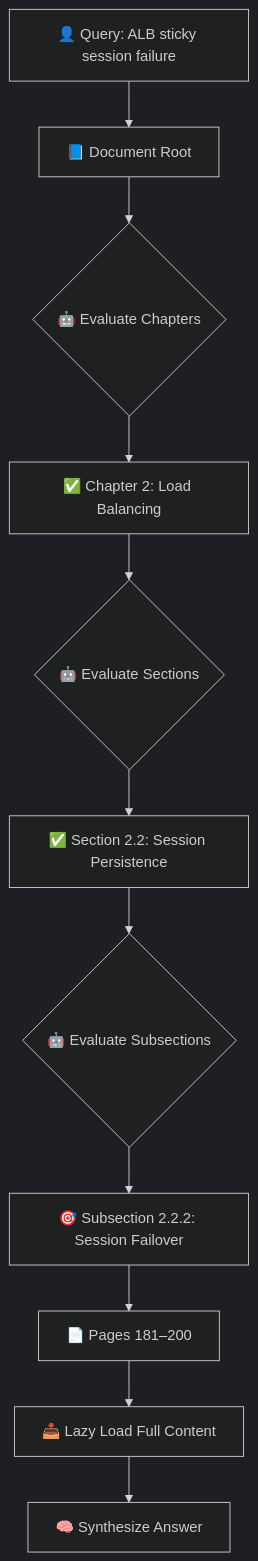
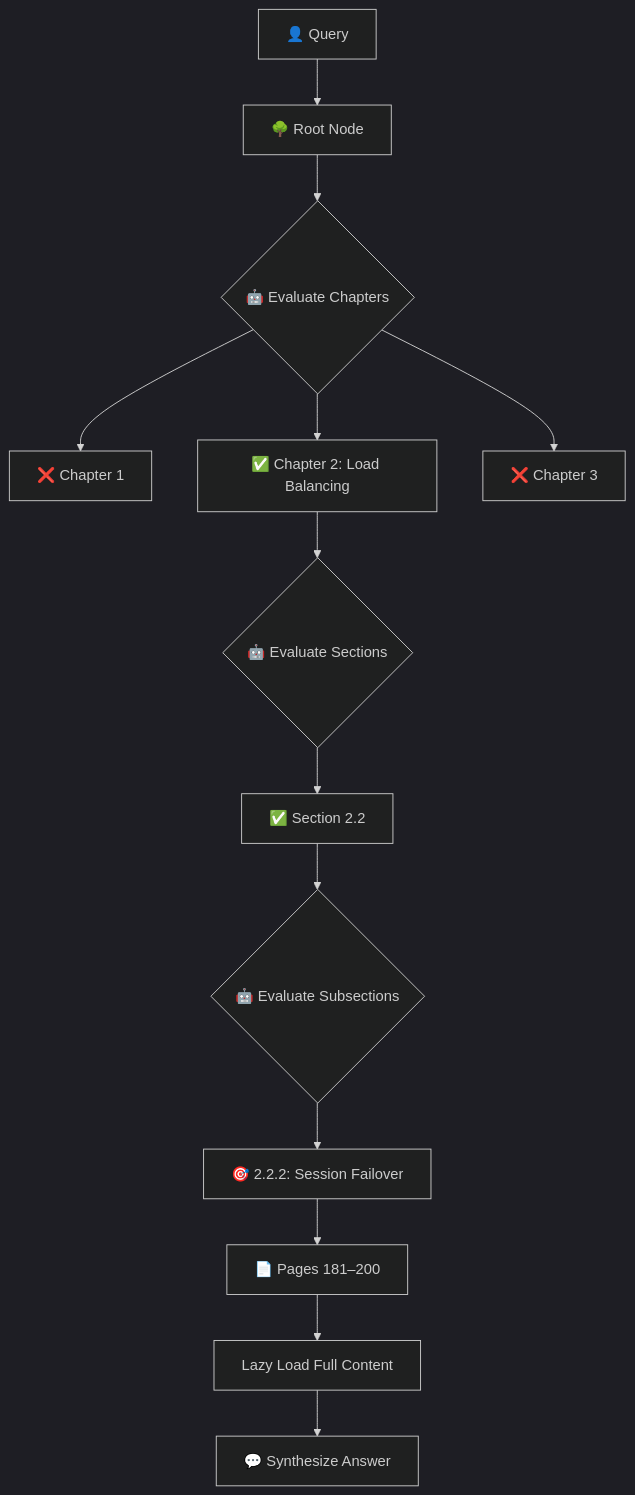
Before and after one commit to Amie-dev/FDE-and-GenAI-Mastery: the eighth of 16 diagrams in Lecture 18 - Vectorless RAG and LLM Wiki/notes/Lecture_18_Complete_Notes.md, drawn with Mermaid (dark theme). The commit also changed other lines of this file and 6 other files, not shown here.

````diff
--- a/Lecture 18 - Vectorless RAG and LLM Wiki/notes/Lecture_18_Complete_Notes.md
+++ b/Lecture 18 - Vectorless RAG and LLM Wiki/notes/Lecture_18_Complete_Notes.md
@@ -196,14 +268,16 @@
 ```mermaid
 flowchart TD
-    Q["👤 Query: ALB sticky session failure"]
-    Q --> ROOT["📘 Document Root"]
-    ROOT --> EVAL{"🤖 Evaluate Chapters"}
-    EVAL --> CH2["✅ Chapter 2: Load Balancing"]
-    CH2 --> EVAL2{"🤖 Evaluate Sections"}
-    EVAL2 --> SEC22["✅ Section 2.2: Session Persistence"]
-    SEC22 --> EVAL3{"🤖 Evaluate Subsections"}
-    EVAL3 --> SUB222["🎯 Subsection 2.2.2: Session Failover"]
-    SUB222 --> PAGES["📄 Pages 181–200"]
-    PAGES --> LOAD["📥 Lazy Load Full Content"]
-    LOAD --> ANSWER["🧠 Synthesize Answer"]
+    Q["👤 Query"]
+    Q --> ROOT["🌳 Root Node"]
+    ROOT --> E1{"🤖 Evaluate Chapters"}
+    E1 --> X1["❌ Chapter 1"]
+    E1 --> CH2["✅ Chapter 2: Load Balancing"]
+    E1 --> X3["❌ Chapter 3"]
+    CH2 --> E2{"🤖 Evaluate Sections"}
+    E2 --> SEC22["✅ Section 2.2"]
+    SEC22 --> E3{"🤖 Evaluate Subsections"}
+    E3 --> SUB222["🎯 2.2.2: Session Failover"]
+    SUB222 --> PAGE["📄 Pages 181–200"]
+    PAGE --> LOAD["Lazy Load Full Content"]
+    LOAD --> ANSWER["💬 Synthesize Answer"]
 ```
````
